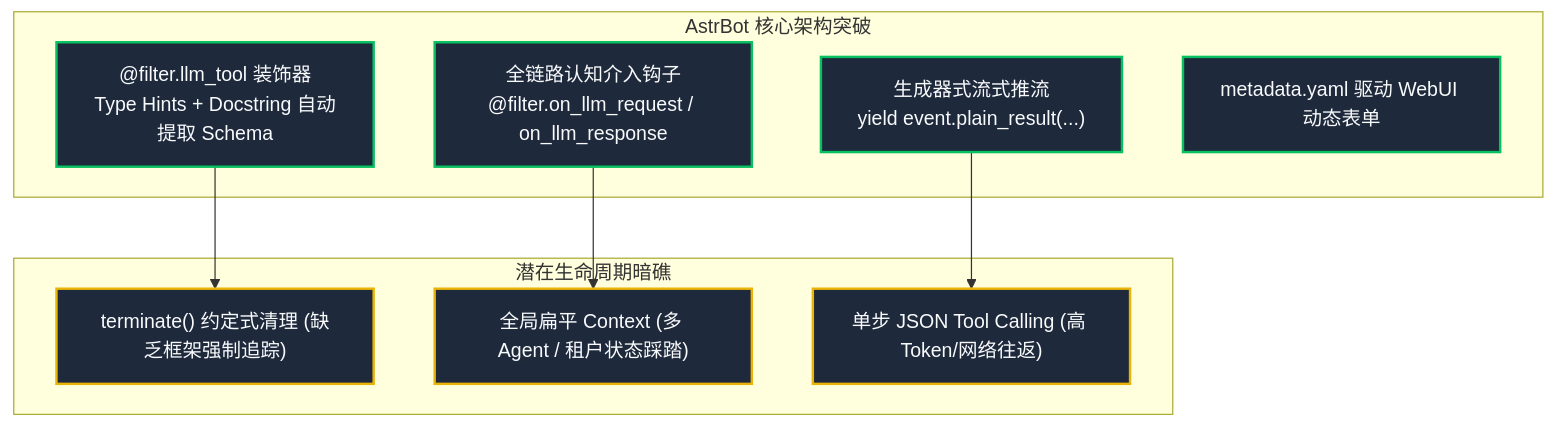
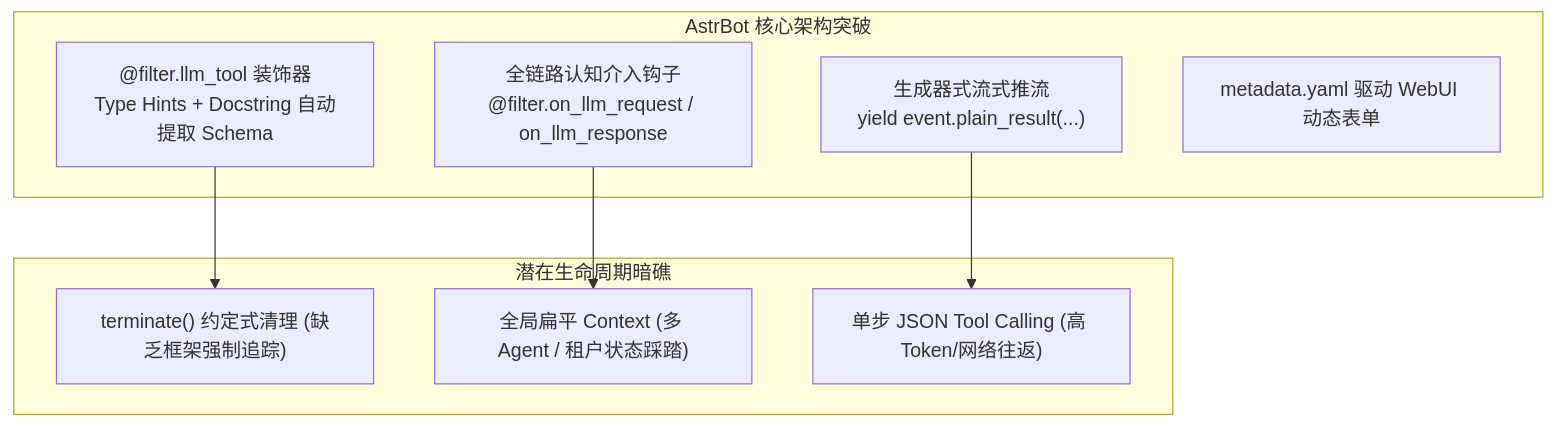
One commit to SXP-Simon/SXP-Simon.github.io changed the third of 5 diagrams in src/content/posts/plugin-architecture-evolution-koishi-astrbot-dsh.mdx. Above: the diagram before and after it, drawn with Mermaid. The commit also changed other lines of this file and 4 other files, not shown here.

Commit message:
feat(ui): add native TOC with scrollspy, CJK reading time, fix Mermaid theming and SVG lightbox zoom

````diff
--- a/src/content/posts/plugin-architecture-evolution-koishi-astrbot-dsh.mdx
+++ b/src/content/posts/plugin-architecture-evolution-koishi-astrbot-dsh.mdx
@@ -240,22 +236,19 @@
 ```mermaid
 graph TD
-    classDef highlight fill:#1e293b,stroke:#07C160,stroke-width:2px,color:#f8fafc;
-    classDef warning fill:#1e293b,stroke:#EAB308,stroke-width:2px,color:#f8fafc;
-
-    subgraph AstrBot 核心架构突破
-        A1["@filter.llm_tool 装饰器<br/>Type Hints + Docstring 自动提取 Schema"]:::highlight
-        A2["全链路认知介入钩子<br/>@filter.on_llm_request / on_llm_response"]:::highlight
-        A3["生成器式流式推流<br/>yield event.plain_result(...)"]:::highlight
-        A4["metadata.yaml 驱动 WebUI 动态表单"]:::highlight
+    subgraph S1 ["AstrBot 核心架构突破"]
+        A1["@filter.llm_tool 装饰器<br/>Type Hints + Docstring 自动提取 Schema"]
+        A2["全链路认知介入钩子<br/>@filter.on_llm_request / on_llm_response"]
+        A3["生成器式流式推流<br/>yield event.plain_result(...)"]
+        A4["metadata.yaml 驱动 WebUI 动态表单"]
     end
 
-    subgraph 潜在生命周期暗礁
-        B1["terminate() 约定式清理 (缺乏框架强制追踪)"]:::warning
-        B2["全局扁平 Context (多 Agent / 租户状态踩踏)"]:::warning
-        B3["单步 JSON Tool Calling (高 Token/网络往返)"]:::warning
+    subgraph S2 ["潜在生命周期暗礁"]
+        B1["terminate() 约定式清理 (缺乏框架强制追踪)"]
+        B2["全局扁平 Context (多 Agent / 租户状态踩踏)"]
+        B3["单步 JSON Tool Calling (高 Token/网络往返)"]
     end
 
     A1 --> B1
     A2 --> B2
     A3 --> B3
 ```
````
